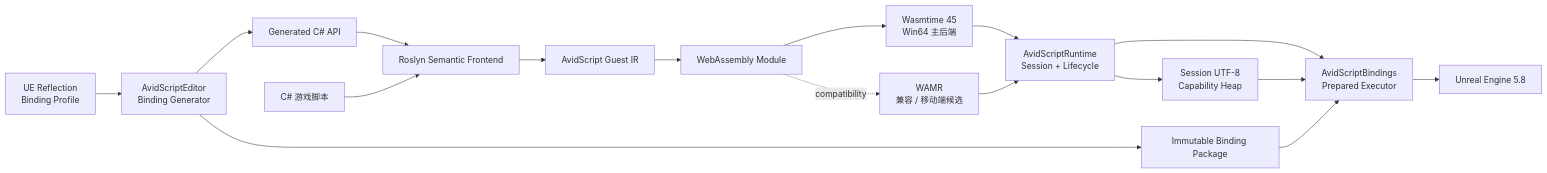
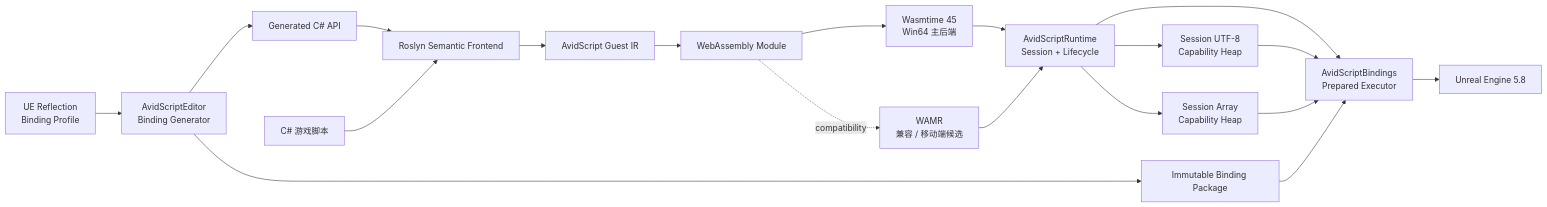
One commit to Avidel-zzz/AvidScript changed the first of 2 diagrams in README.md. Above: the diagram before and after it, drawn with Mermaid. The commit also changed other lines of this file and 5 other files, not shown here.

````diff
--- a/README.md
+++ b/README.md
@@ -204,21 +231,23 @@
 ```mermaid
 flowchart LR
     Reflection["UE Reflection<br/>Binding Profile"] --> Generator["AvidScriptEditor<br/>Binding Generator"]
     Generator --> API["Generated C# API"]
     Generator --> Package["Immutable Binding Package"]
 
     Script["C# 游戏脚本"] --> Roslyn["Roslyn Semantic Frontend"]
     API --> Roslyn
     Roslyn --> IR["AvidScript Guest IR"]
     IR --> Wasm["WebAssembly Module"]
 
     Wasm --> Wasmtime["Wasmtime 45<br/>Win64 主后端"]
     Wasm -. compatibility .-> WAMR["WAMR<br/>兼容 / 移动端候选"]
     Wasmtime --> Runtime["AvidScriptRuntime<br/>Session + Lifecycle"]
     WAMR --> Runtime
     Runtime --> Executor["AvidScriptBindings<br/>Prepared Executor"]
-    Runtime --> Heap["Session UTF-8<br/>Capability Heap"]
+    Runtime --> Utf8Heap["Session UTF-8<br/>Capability Heap"]
+    Runtime --> ArrayHeap["Session Array<br/>Capability Heap"]
     Package --> Executor
-    Heap --> Executor
+    Utf8Heap --> Executor
+    ArrayHeap --> Executor
     Executor --> UE["Unreal Engine 5.8"]
 ```
````
